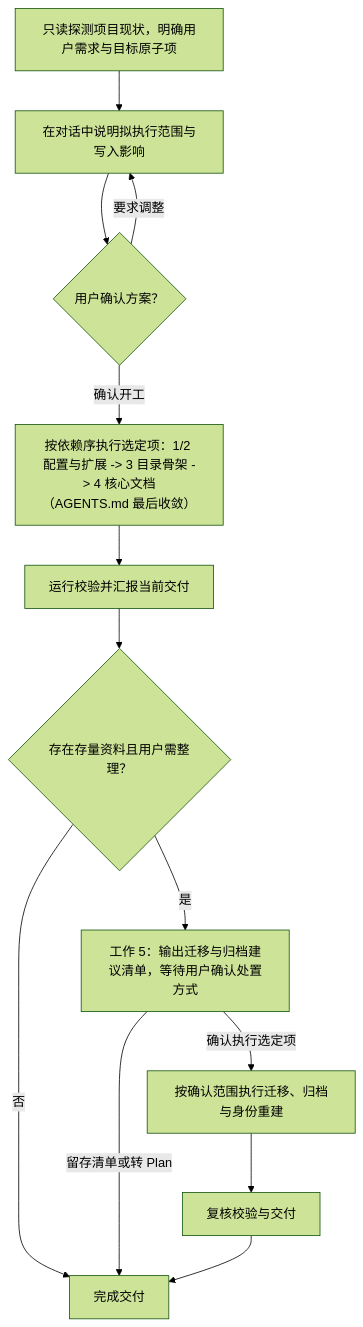
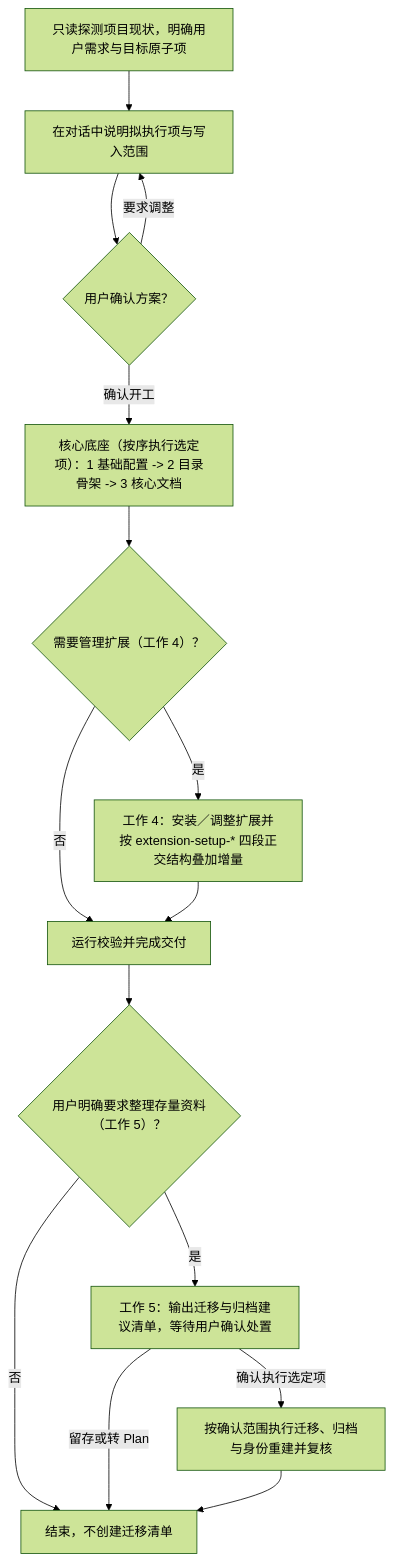
Before and after one commit to LINEBARRELS/trigrams-toolkit: the diagram in skills/workbook/workbooks/project-setup/WORKBOOK.md, drawn with Mermaid (forest theme). The commit also changed other lines of this file and 12 other files, not shown here.

````diff
--- a/skills/workbook/workbooks/project-setup/WORKBOOK.md
+++ b/skills/workbook/workbooks/project-setup/WORKBOOK.md
@@ -33,13 +34,16 @@
 ```mermaid
 flowchart TD
-    A["只读探测项目现状，明确用户需求与目标原子项"] --> B["在对话中说明拟执行范围与写入影响"]
+    A["只读探测项目现状，明确用户需求与目标原子项"] --> B["在对话中说明拟执行项与写入范围"]
     B --> C{"用户确认方案？"}
     C -->|要求调整| B
-    C -->|确认开工| D["按依赖序执行选定项：1/2 配置与扩展 -> 3 目录骨架 -> 4 核心文档（AGENTS.md 最后收敛）"]
-    D --> E["运行校验并汇报当前交付"]
-    E --> F{"存在存量资料且用户需整理？"}
-    F -->|否| Z["完成交付"]
-    F -->|是| G["工作 5：输出迁移与归档建议清单，等待用户确认处置方式"]
-    G -->|留存清单或转 Plan| Z
-    G -->|确认执行选定项| H["按确认范围执行迁移、归档与身份重建"] --> I["复核校验与交付"] --> Z
+    C -->|确认开工| D["核心底座（按序执行选定项）：1 基础配置 -> 2 目录骨架 -> 3 核心文档"]
+    D --> E{"需要管理扩展（工作 4）？"}
+    E -->|否| V["运行校验并完成交付"]
+    E -->|是| F["工作 4：安装／调整扩展并按 extension-setup-* 四段正交结构叠加增量"]
+    F --> V
+    V --> G{"用户明确要求整理存量资料（工作 5）？"}
+    G -->|否| Z["结束，不创建迁移清单"]
+    G -->|是| H["工作 5：输出迁移与归档建议清单，等待用户确认处置"]
+    H -->|留存或转 Plan| Z
+    H -->|确认执行选定项| I["按确认范围执行迁移、归档与身份重建并复核"] --> Z
 ```
````
